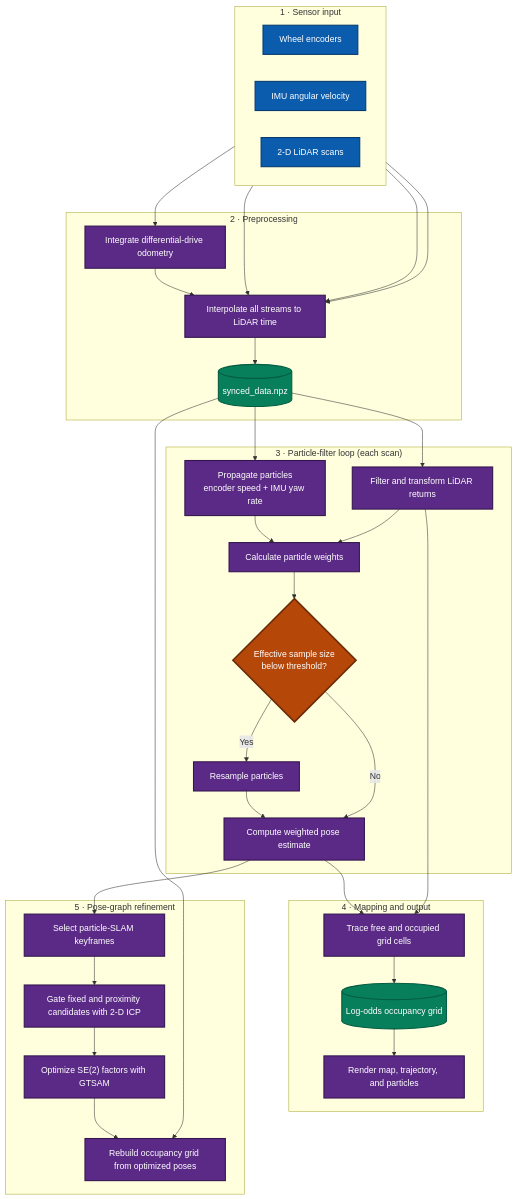
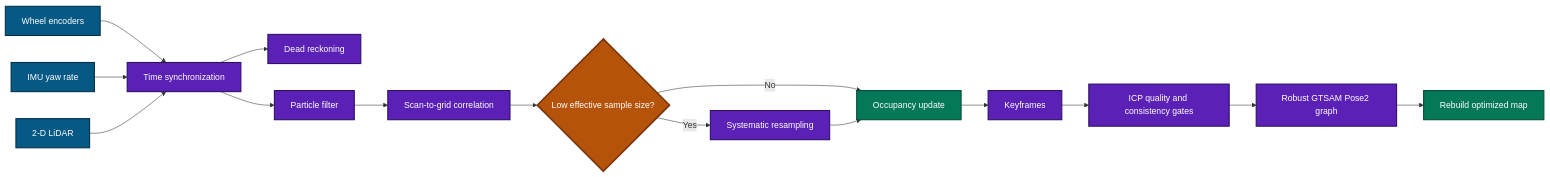
One commit to hdoh-ucsd/particleSLAM changed the diagram in README.md. Above: the diagram before and after it, drawn with Mermaid. The commit also changed other lines of this file and 8 other files, not shown here.

Commit message:
feat: complete robust SLAM evaluation plan

````diff
--- a/README.md
+++ b/README.md
@@ -10,66 +10,25 @@
 ```mermaid
-flowchart TB
-    subgraph INPUT["1 · Sensor input"]
-        direction LR
-        ENC["Wheel encoders"]
-        IMU["IMU angular velocity"]
-        LIDAR["2-D LiDAR scans"]
-    end
-
-    subgraph PREP["2 · Preprocessing"]
-        ODOM["Integrate differential-drive odometry"]
-        SYNC["Interpolate all streams to LiDAR time"]
-        DATA[("synced_data.npz")]
-        ODOM --> SYNC --> DATA
-    end
-
-    subgraph SLAM["3 · Particle-filter loop (each scan)"]
-        MOTION["Propagate particles<br/>encoder speed + IMU yaw rate"]
-        SCAN["Filter and transform LiDAR returns"]
-        WEIGHT["Calculate particle weights"]
-        NEFF{"Effective sample size<br/>below threshold?"}
-        RESAMPLE["Resample particles"]
-        POSE["Compute weighted pose estimate"]
-
-        MOTION --> WEIGHT
-        SCAN --> WEIGHT
-        WEIGHT --> NEFF
-        NEFF -->|Yes| RESAMPLE --> POSE
-        NEFF -->|No| POSE
-    end
-
-    subgraph OUTPUT["4 · Mapping and output"]
-        RAYS["Trace free and occupied grid cells"]
-        GRID[("Log-odds occupancy grid")]
-        RESULT["Render map, trajectory, and particles"]
-        RAYS --> GRID --> RESULT
-    end
-
-    subgraph GRAPH["5 · Pose-graph refinement"]
-        KEYFRAMES["Select particle-SLAM keyframes"]
-        ICP["Gate fixed and proximity candidates with 2-D ICP"]
-        GTSAM["Optimize SE(2) factors with GTSAM"]
-        REBUILD["Rebuild occupancy grid from optimized poses"]
-        KEYFRAMES --> ICP --> GTSAM --> REBUILD
-    end
-
-    ENC --> ODOM
-    ENC --> SYNC
-    IMU --> SYNC
-    LIDAR --> SYNC
-    DATA --> MOTION
-    DATA --> SCAN
-    POSE --> RAYS
-    SCAN --> RAYS
-    POSE --> KEYFRAMES
-    DATA --> REBUILD
-
-    classDef source fill:#0b5cad,stroke:#073b6f,color:#fff,stroke-width:2px;
-    classDef process fill:#5b2a86,stroke:#34164f,color:#fff,stroke-width:2px;
-    classDef decision fill:#b54708,stroke:#6b2a05,color:#fff,stroke-width:3px;
-    classDef artifact fill:#087f5b,stroke:#045c42,color:#fff,stroke-width:2px;
-    class ENC,IMU,LIDAR source;
-    class ODOM,SYNC,MOTION,SCAN,WEIGHT,RESAMPLE,POSE,RAYS,RESULT,KEYFRAMES,ICP,GTSAM,REBUILD process;
-    class NEFF decision;
-    class DATA,GRID artifact;
+flowchart LR
+    E[Wheel encoders] --> S[Time synchronization]
+    I[IMU yaw rate] --> S
+    L[2-D LiDAR] --> S
+    S --> D[Dead reckoning]
+    S --> P[Particle filter]
+    P --> C[Scan-to-grid correlation]
+    C --> R{Low effective sample size?}
+    R -->|Yes| RS[Systematic resampling]
+    R -->|No| M[Occupancy update]
+    RS --> M
+    M --> K[Keyframes]
+    K --> G[ICP quality and consistency gates]
+    G --> H[Robust GTSAM Pose2 graph]
+    H --> B[Rebuild optimized map]
+    classDef input fill:#075985,stroke:#082f49,color:#fff,stroke-width:2px;
+    classDef stage fill:#5b21b6,stroke:#2e1065,color:#fff,stroke-width:2px;
+    classDef decision fill:#b45309,stroke:#78350f,color:#fff,stroke-width:3px;
+    classDef output fill:#047857,stroke:#064e3b,color:#fff,stroke-width:2px;
+    class E,I,L input;
+    class S,D,P,C,RS,K,G,H stage;
+    class R decision;
+    class M,B output;
 ```
````
